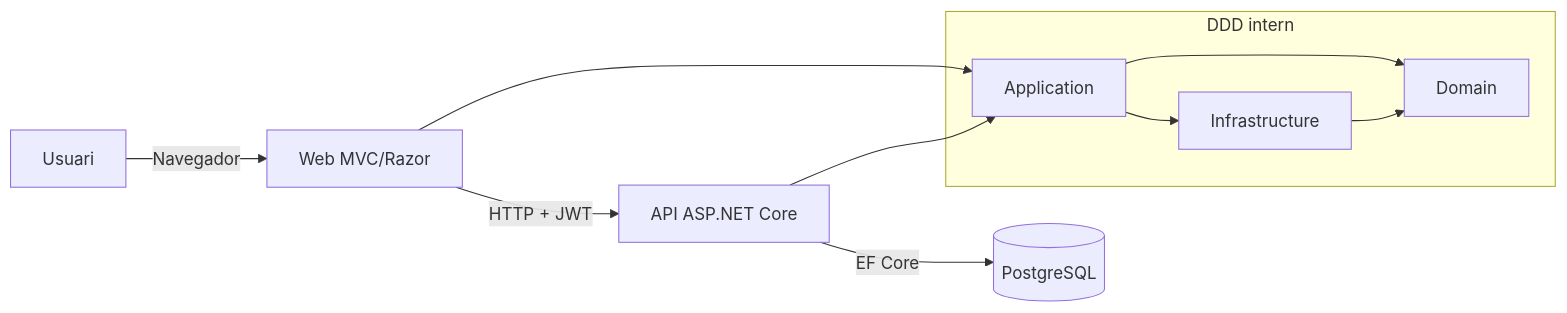
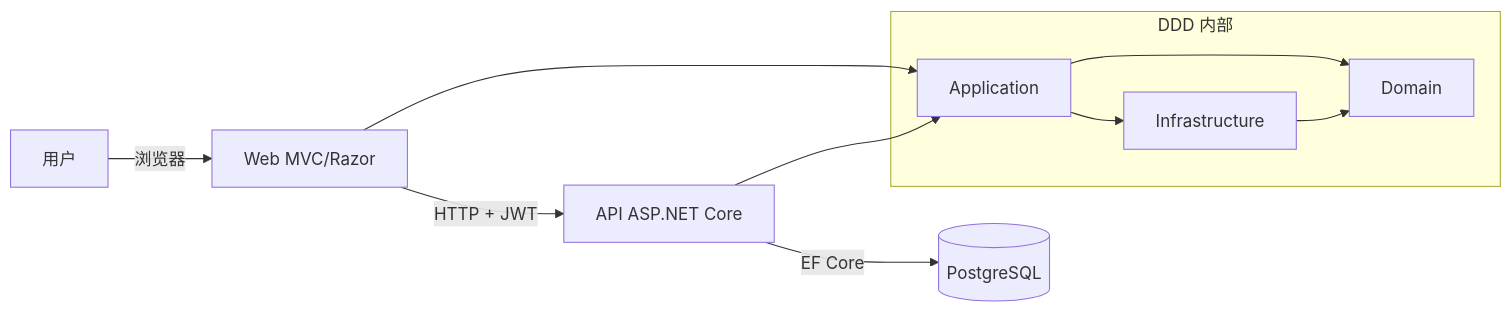
Before and after one commit to dmoraroca/escoles-publiques: the diagram in docs/zh/technical.md, drawn with Mermaid. The commit also changed other lines of this file and 28 other files, not shown here.

````diff
--- a/docs/zh/technical.md
+++ b/docs/zh/technical.md
@@ -19,18 +18,18 @@
 ```mermaid
 flowchart LR
-  U[Usuari] -->|Navegador| W[Web MVC/Razor]
+  U[用户] -->|浏览器| W[Web MVC/Razor]
   W -->|HTTP + JWT| A[API ASP.NET Core]
   A -->|EF Core| DB[(PostgreSQL)]
 
-  subgraph DDD[DDD intern]
+  subgraph DDD[DDD 内部]
     D[Domain]
     AP[Application]
     I[Infrastructure]
   end
 
   W --> AP
   A --> AP
   AP --> D
+  AP --> I
   I --> D
-  AP --> I
 ```
````
